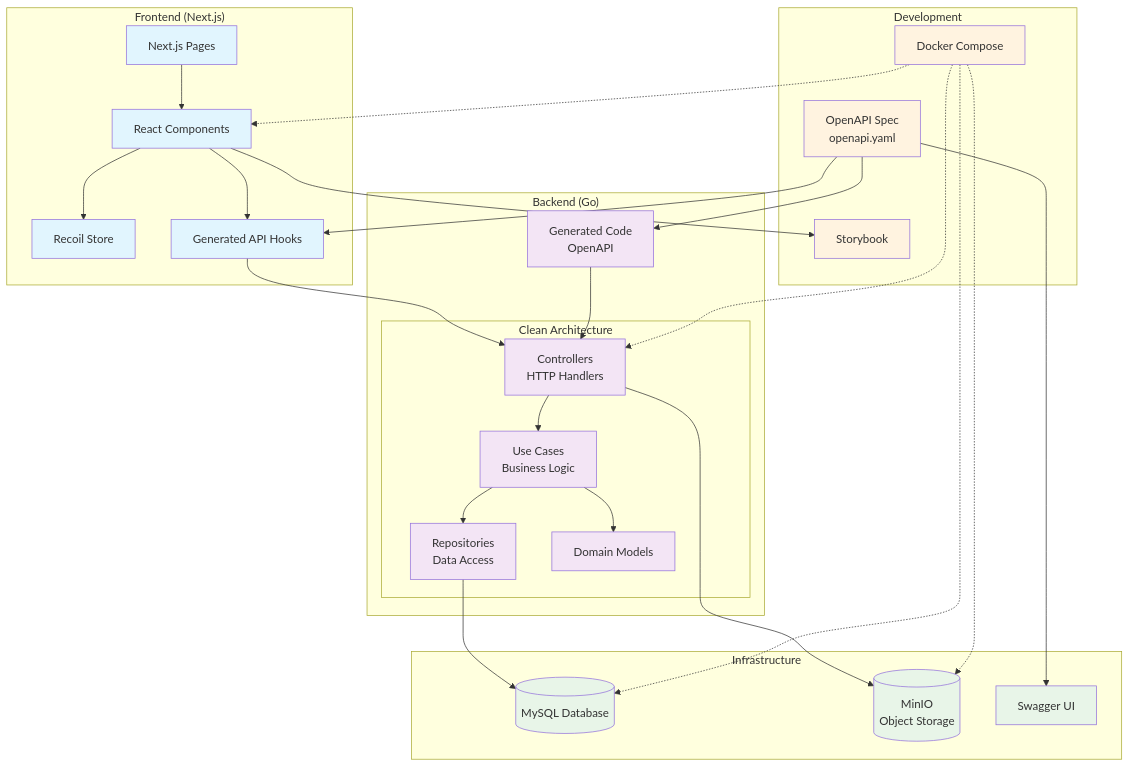
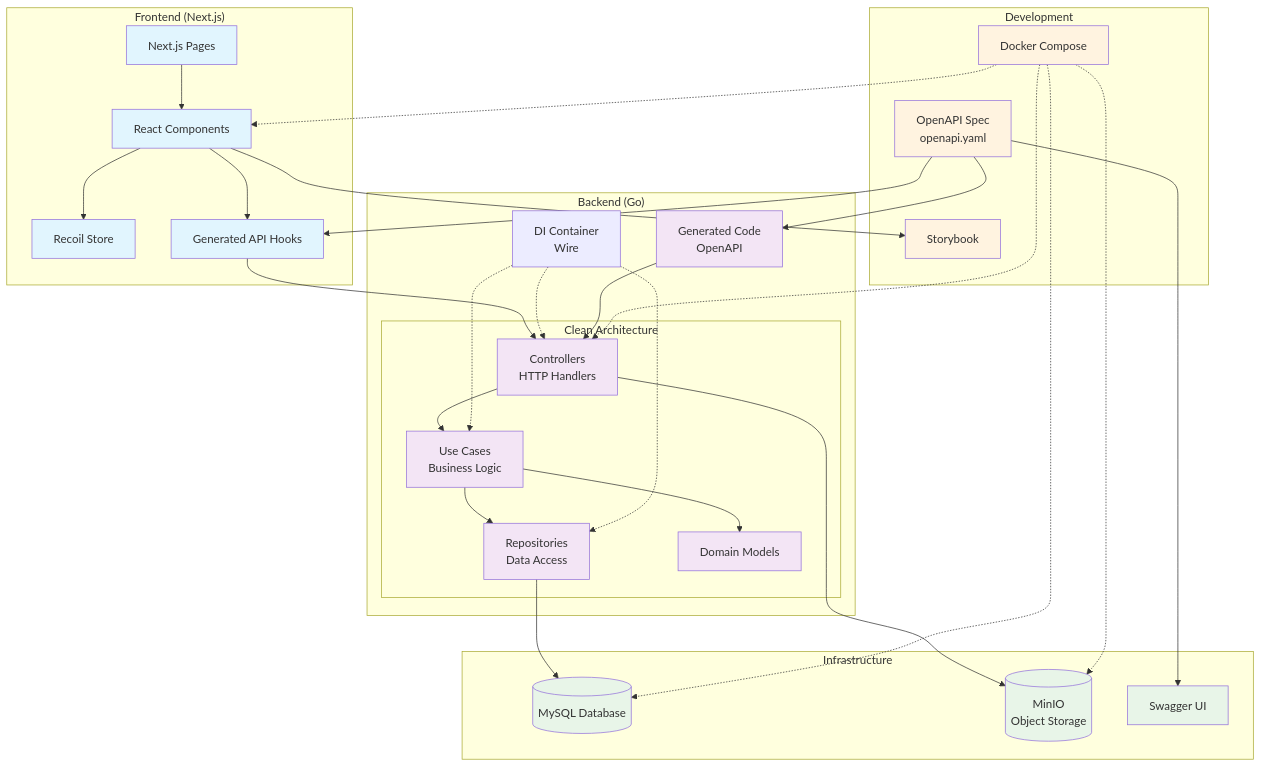
One commit to NUTFes/FinanSu changed the diagram in README.md. Above: the diagram before and after it, drawn with Mermaid. The commit also changed other lines of this file, not shown here.

````diff
--- a/README.md
+++ b/README.md
@@ -92,69 +93,75 @@
 ```mermaid
 graph TB
     subgraph "Frontend (Next.js)"
         UI[React Components]
         Store[Recoil Store]
         Hooks[Generated API Hooks]
         Pages[Next.js Pages]
     end
 
     subgraph "Backend (Go)"
         subgraph "Clean Architecture"
             Controllers[Controllers<br/>HTTP Handlers]
             UseCases[Use Cases<br/>Business Logic]
             Repositories[Repositories<br/>Data Access]
             Domain[Domain Models]
         end
         Generated[Generated Code<br/>OpenAPI]
+        DI[DI Container<br/>Wire]
     end
 
     subgraph "Infrastructure"
         MySQL[(MySQL Database)]
         MinIO[(MinIO<br/>Object Storage)]
         Swagger[Swagger UI]
     end
 
     subgraph "Development"
         OpenAPI[OpenAPI Spec<br/>openapi.yaml]
         Docker[Docker Compose]
         Storybook[Storybook]
     end
 
     %% Frontend Flow
     UI --> Store
     UI --> Hooks
     Pages --> UI
     Hooks --> Controllers
 
     %% Backend Flow
     Controllers --> UseCases
     UseCases --> Repositories
     UseCases --> Domain
     Repositories --> MySQL
     Controllers --> MinIO
 
+    %% Dependency Injection
+    DI -.-> Controllers
+    DI -.-> UseCases
+    DI -.-> Repositories
+
     %% Code Generation
     OpenAPI --> Generated
     OpenAPI --> Hooks
     Generated --> Controllers
 
     %% Documentation
     OpenAPI --> Swagger
     UI --> Storybook
 
     %% Infrastructure
     Docker -.-> MySQL
     Docker -.-> MinIO
     Docker -.-> UI
     Docker -.-> Controllers
 
     classDef frontend fill:#e1f5fe
     classDef backend fill:#f3e5f5
     classDef infrastructure fill:#e8f5e8
     classDef development fill:#fff3e0
 
     class UI,Store,Hooks,Pages frontend
     class Controllers,UseCases,Repositories,Domain,Generated backend
     class MySQL,MinIO,Swagger infrastructure
     class OpenAPI,Docker,Storybook development
 ```
````
